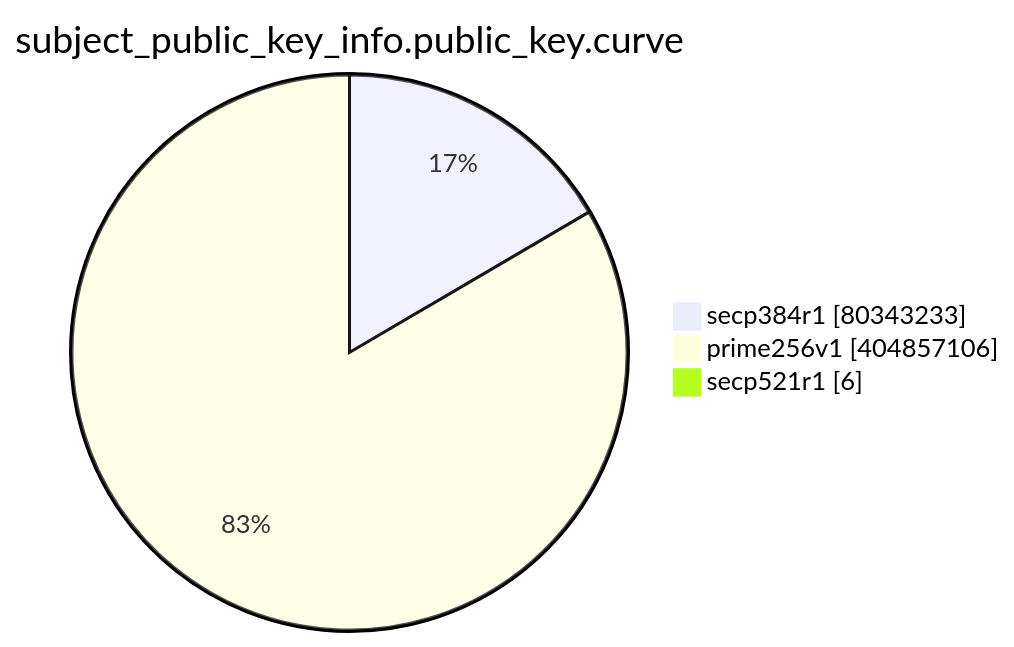
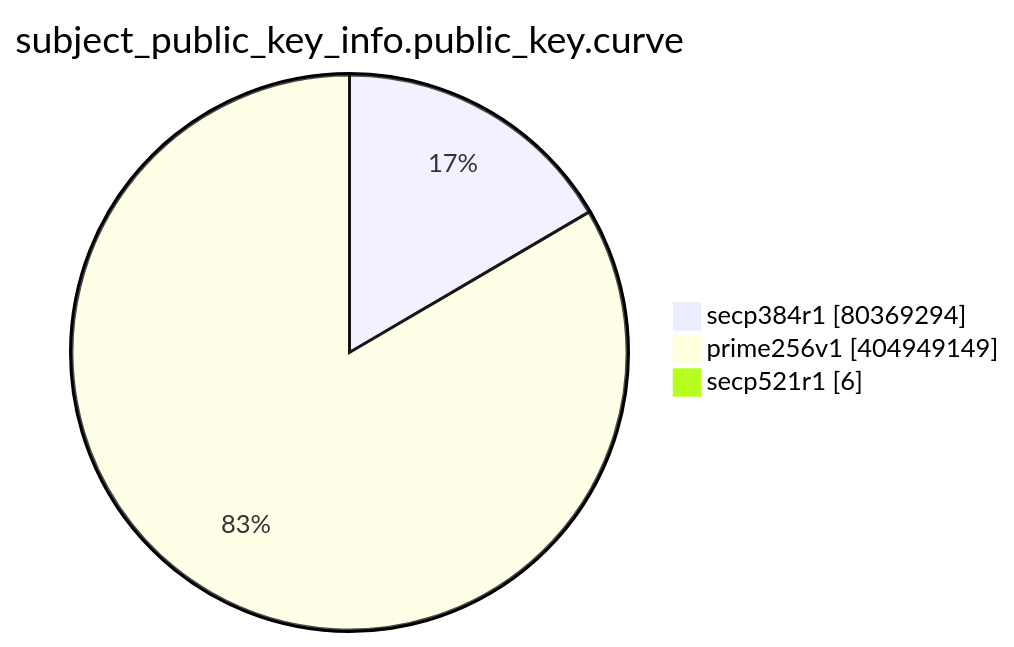
One commit to christiankrug/ctmonitor_visualization changed the eighth of 15 diagrams in TOTAL/README.md. Above: the diagram before and after it, drawn with Mermaid. The commit also changed other lines of this file, not shown here.

````diff
--- a/TOTAL/README.md
+++ b/TOTAL/README.md
@@ -3095,7 +3095,7 @@
 ```mermaid
 pie showData
 title subject_public_key_info.public_key.curve
-"secp384r1" :80343233
-"prime256v1" :404857106
+"secp384r1" :80369294
+"prime256v1" :404949149
 "secp521r1" :6
 ```
````
